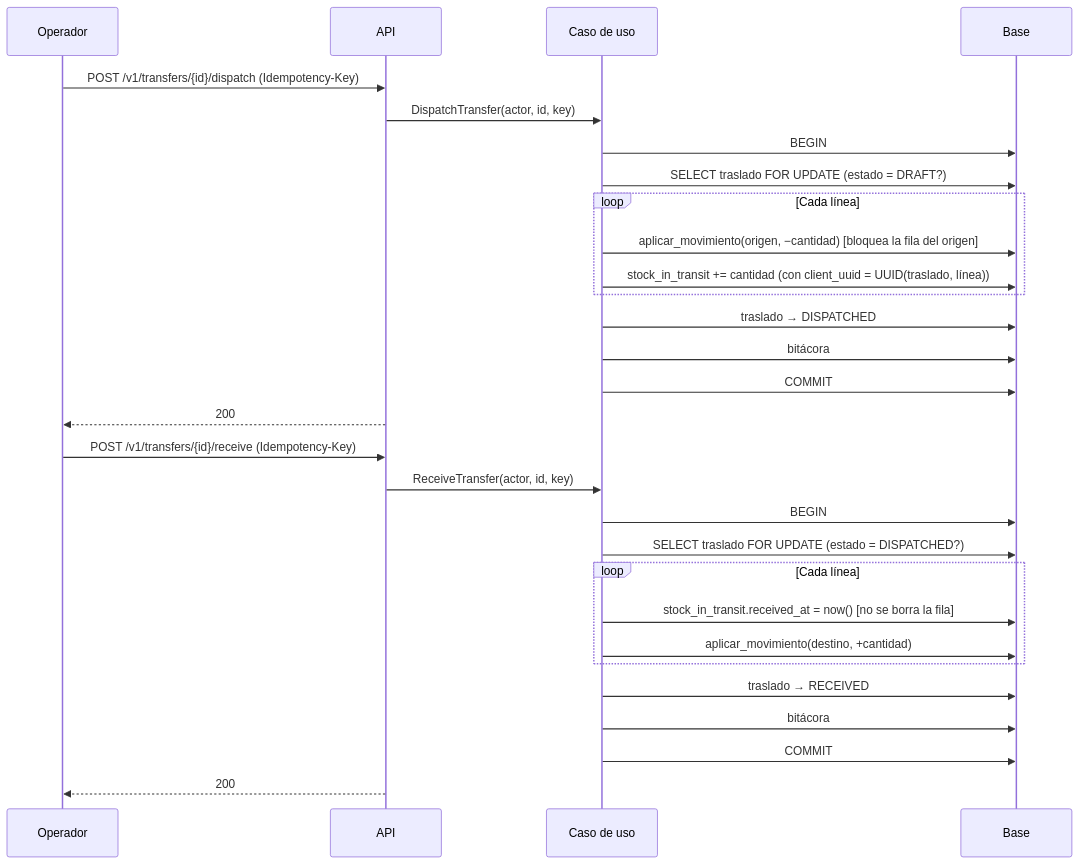
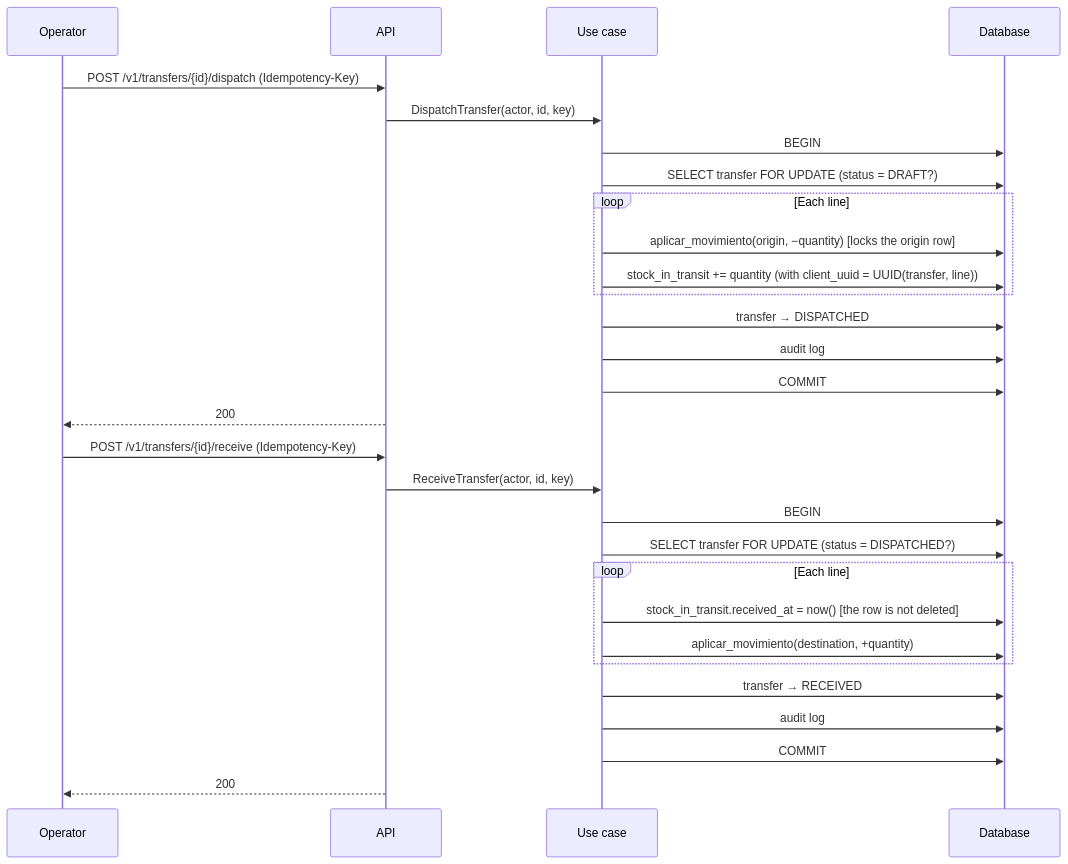
Before and after one commit to maag070208/AXZY_STOCK_FLOW: the second of 2 diagrams in docs/flujos/traslados.md, drawn with Mermaid. The commit also changed other lines of this file and 89 other files, not shown here.

````diff
--- a/docs/flujos/traslados.md
+++ b/docs/flujos/traslados.md
@@ -37,33 +37,33 @@
 ```mermaid
 sequenceDiagram
-    participant Op as Operador
+    participant Op as Operator
     participant API
-    participant UC as Caso de uso
-    participant DB as Base
+    participant UC as Use case
+    participant DB as Database
 
     Op->>API: POST /v1/transfers/{id}/dispatch (Idempotency-Key)
     API->>UC: DispatchTransfer(actor, id, key)
     UC->>DB: BEGIN
-    UC->>DB: SELECT traslado FOR UPDATE (estado = DRAFT?)
-    loop Cada línea
-        UC->>DB: aplicar_movimiento(origen, −cantidad)  [bloquea la fila del origen]
-        UC->>DB: stock_in_transit += cantidad (con client_uuid = UUID(traslado, línea))
+    UC->>DB: SELECT transfer FOR UPDATE (status = DRAFT?)
+    loop Each line
+        UC->>DB: aplicar_movimiento(origin, −quantity)  [locks the origin row]
+        UC->>DB: stock_in_transit += quantity (with client_uuid = UUID(transfer, line))
     end
-    UC->>DB: traslado → DISPATCHED
-    UC->>DB: bitácora
+    UC->>DB: transfer → DISPATCHED
+    UC->>DB: audit log
     UC->>DB: COMMIT
     API-->>Op: 200
 
     Op->>API: POST /v1/transfers/{id}/receive (Idempotency-Key)
     API->>UC: ReceiveTransfer(actor, id, key)
     UC->>DB: BEGIN
-    UC->>DB: SELECT traslado FOR UPDATE (estado = DISPATCHED?)
-    loop Cada línea
-        UC->>DB: stock_in_transit.received_at = now()  [no se borra la fila]
-        UC->>DB: aplicar_movimiento(destino, +cantidad)
+    UC->>DB: SELECT transfer FOR UPDATE (status = DISPATCHED?)
+    loop Each line
+        UC->>DB: stock_in_transit.received_at = now()  [the row is not deleted]
+        UC->>DB: aplicar_movimiento(destination, +quantity)
     end
-    UC->>DB: traslado → RECEIVED
-    UC->>DB: bitácora
+    UC->>DB: transfer → RECEIVED
+    UC->>DB: audit log
     UC->>DB: COMMIT
     API-->>Op: 200
 ```
````
